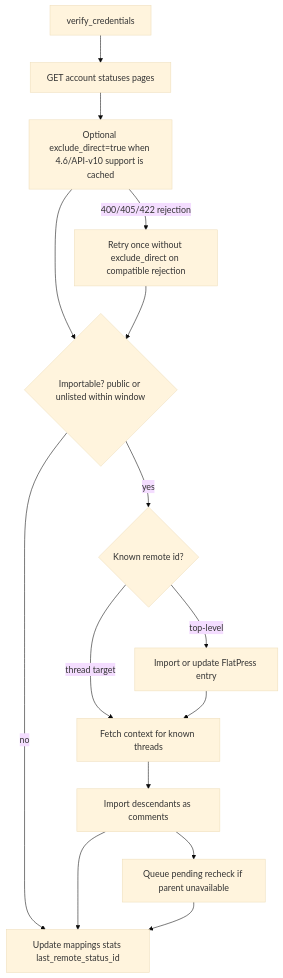
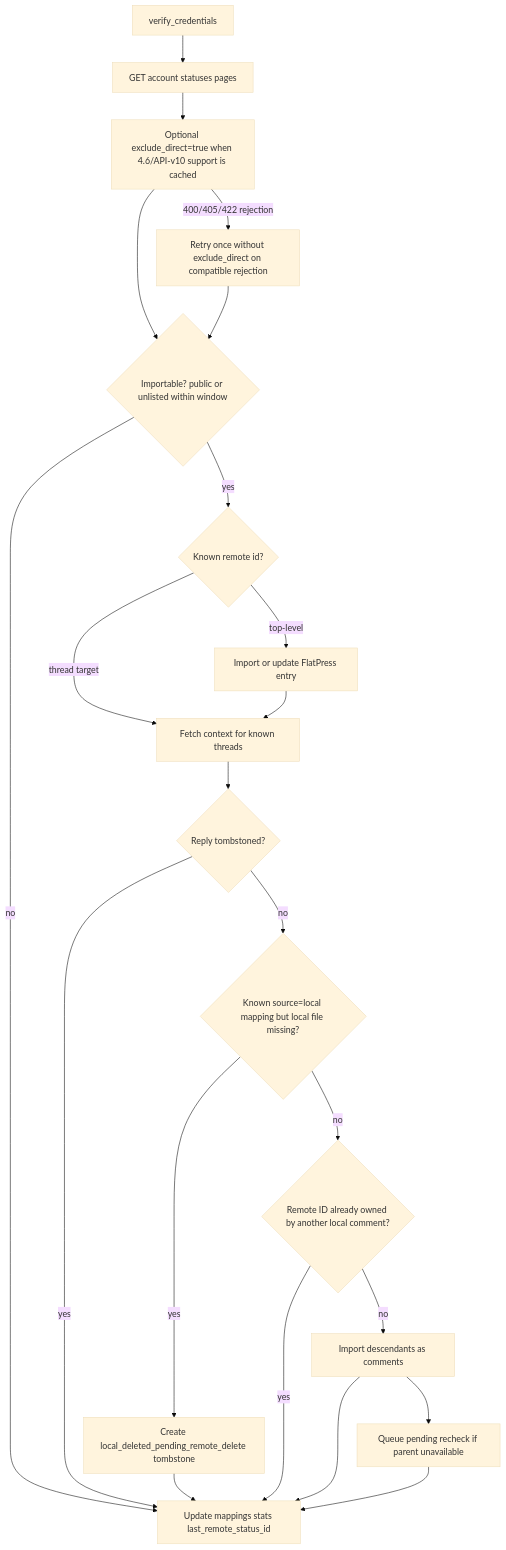
Before and after one commit to flatpressblog/flatpress: the fifth of 9 diagrams in fp-plugins/mastodon/developer-docs/01-Process-Map.md, drawn with Mermaid (base theme). The commit also changed other lines of this file and 33 other files, not shown here.

````diff
--- a/fp-plugins/mastodon/developer-docs/01-Process-Map.md
+++ b/fp-plugins/mastodon/developer-docs/01-Process-Map.md
@@ -180,27 +184,37 @@
 ```mermaid
 flowchart TD
     Verify[verify_credentials]
     Pages[GET account statuses pages]
     Direct[Optional exclude_direct=true when 4.6/API-v10 support is cached]
     DirectFallback[Retry once without exclude_direct on compatible rejection]
     Filter{Importable? public or unlisted within window}
     Known{Known remote id?}
     Entry[Import or update FlatPress entry]
     Context[Fetch context for known threads]
+    Tombstone{Reply tombstoned?}
+    MissingLocal{Known source=local mapping but local file missing?}
+    Protect[Create local_deleted_pending_remote_delete tombstone]
+    Conflict{Remote ID already owned by another local comment?}
     Desc[Import descendants as comments]
     Recheck[Queue pending recheck if parent unavailable]
     State[Update mappings stats last_remote_status_id]
 
     Verify --> Pages --> Direct
     Direct --> Filter
     Direct -- 400/405/422 rejection --> DirectFallback --> Filter
     Filter -- no --> State
     Filter -- yes --> Known
     Known -- top-level --> Entry
     Known -- thread target --> Context
     Entry --> Context
-    Context --> Desc
+    Context --> Tombstone
+    Tombstone -- yes --> State
+    Tombstone -- no --> MissingLocal
+    MissingLocal -- yes --> Protect --> State
+    MissingLocal -- no --> Conflict
+    Conflict -- yes --> State
+    Conflict -- no --> Desc
     Desc --> Recheck
     Desc --> State
     Recheck --> State
 ```
````
